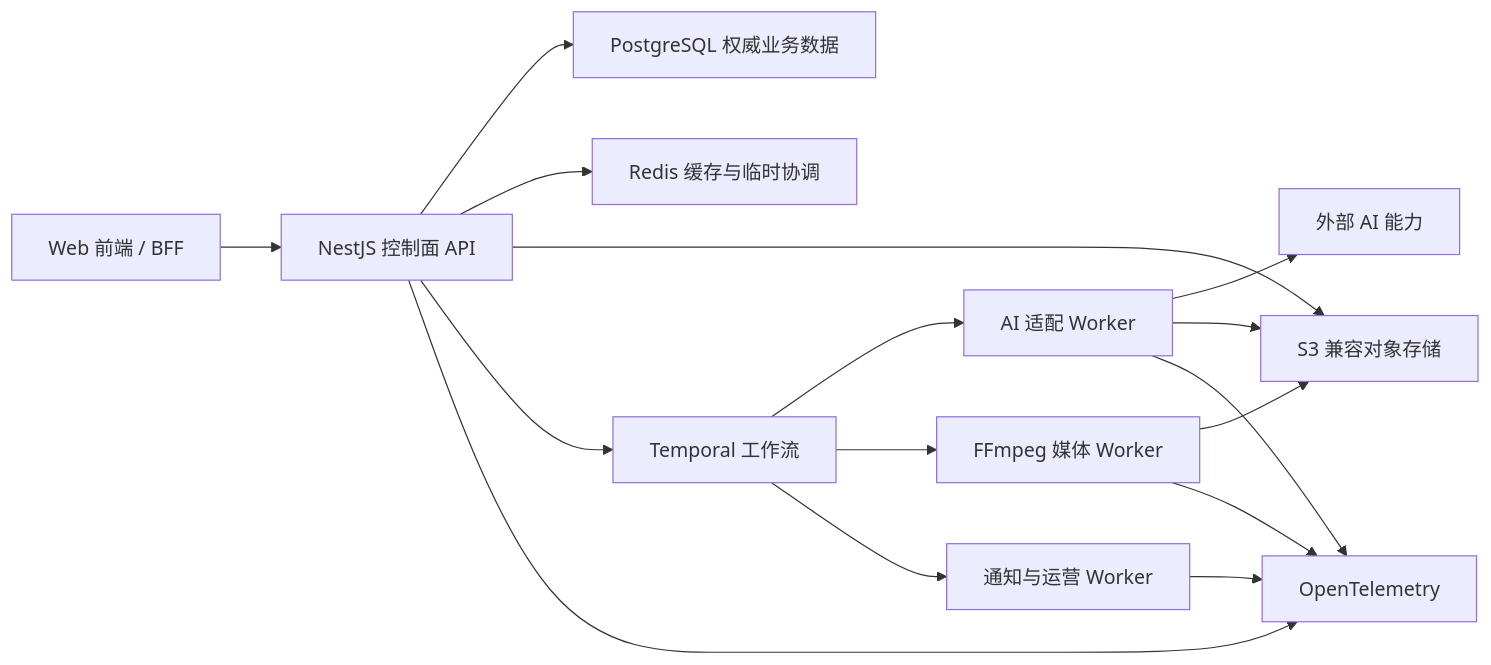
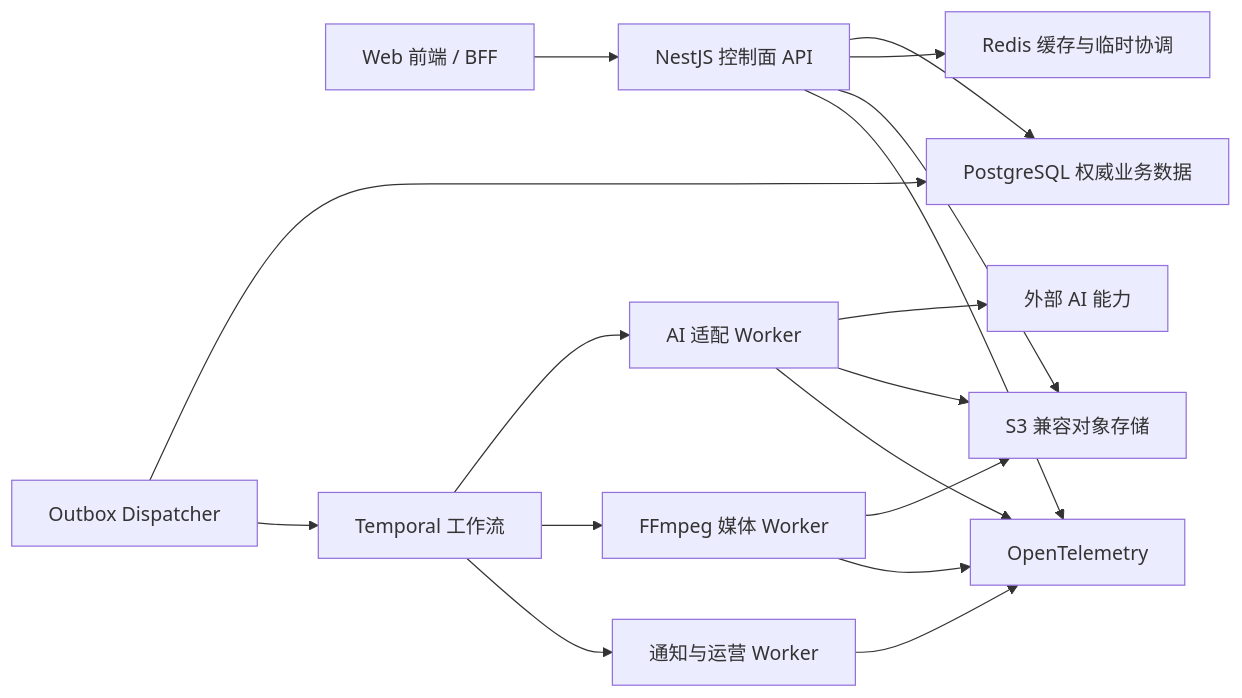
One commit to StephenQiu30/lanverse changed the diagram in docs/requirement/TCR-002-后端服务架构与工程约束需求规格说明书.md. Above: the diagram before and after it, drawn with Mermaid. The commit also changed other lines of this file and 29 other files, not shown here.

````diff
--- a/docs/requirement/TCR-002-后端服务架构与工程约束需求规格说明书.md
+++ b/docs/requirement/TCR-002-后端服务架构与工程约束需求规格说明书.md
@@ -29,18 +29,19 @@
 ```mermaid
 flowchart LR
     FE["Web 前端 / BFF"] --> API["NestJS 控制面 API"]
     API --> PG["PostgreSQL 权威业务数据"]
     API --> RD["Redis 缓存与临时协调"]
     API --> OS["S3 兼容对象存储"]
-    API --> TP["Temporal 工作流"]
+    OD["Outbox Dispatcher"] --> PG
+    OD --> TP["Temporal 工作流"]
     TP --> AW["AI 适配 Worker"]
     TP --> MW["FFmpeg 媒体 Worker"]
     TP --> NW["通知与运营 Worker"]
     AW --> AP["外部 AI 能力"]
     AW --> OS
     MW --> OS
     API --> OT["OpenTelemetry"]
     AW --> OT
     MW --> OT
     NW --> OT
 ```
````
